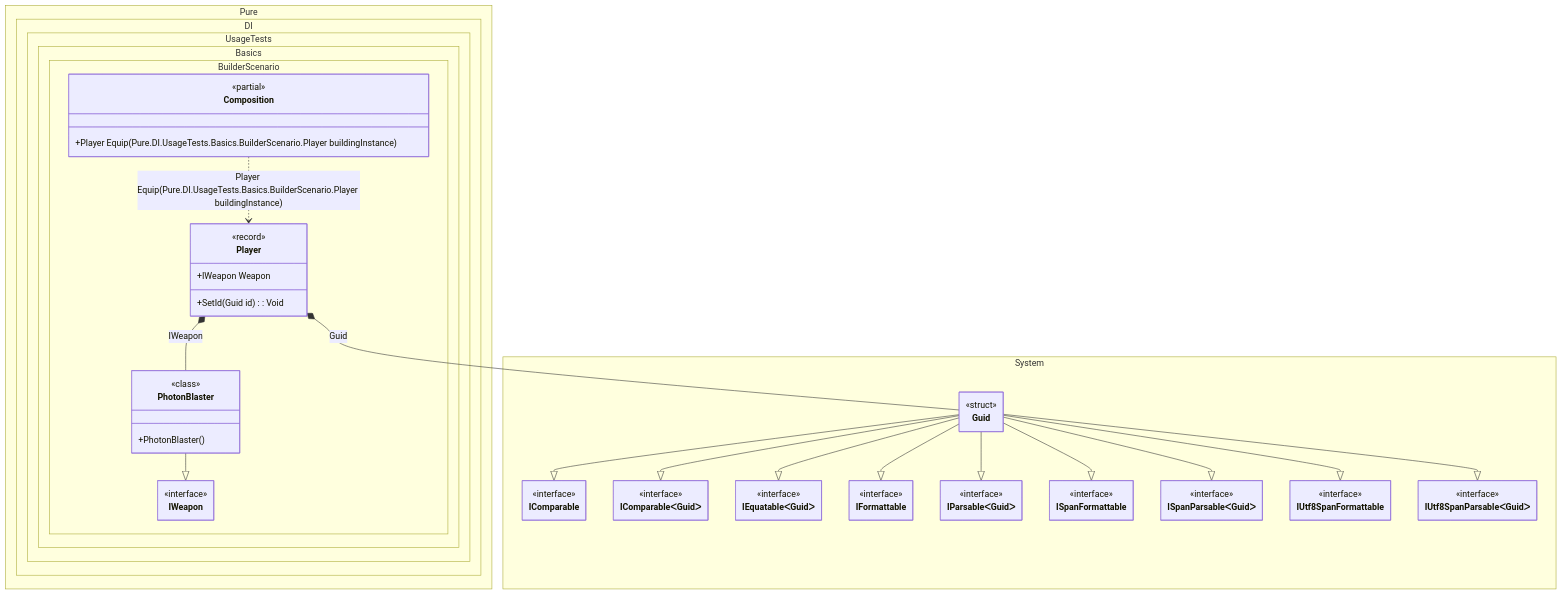
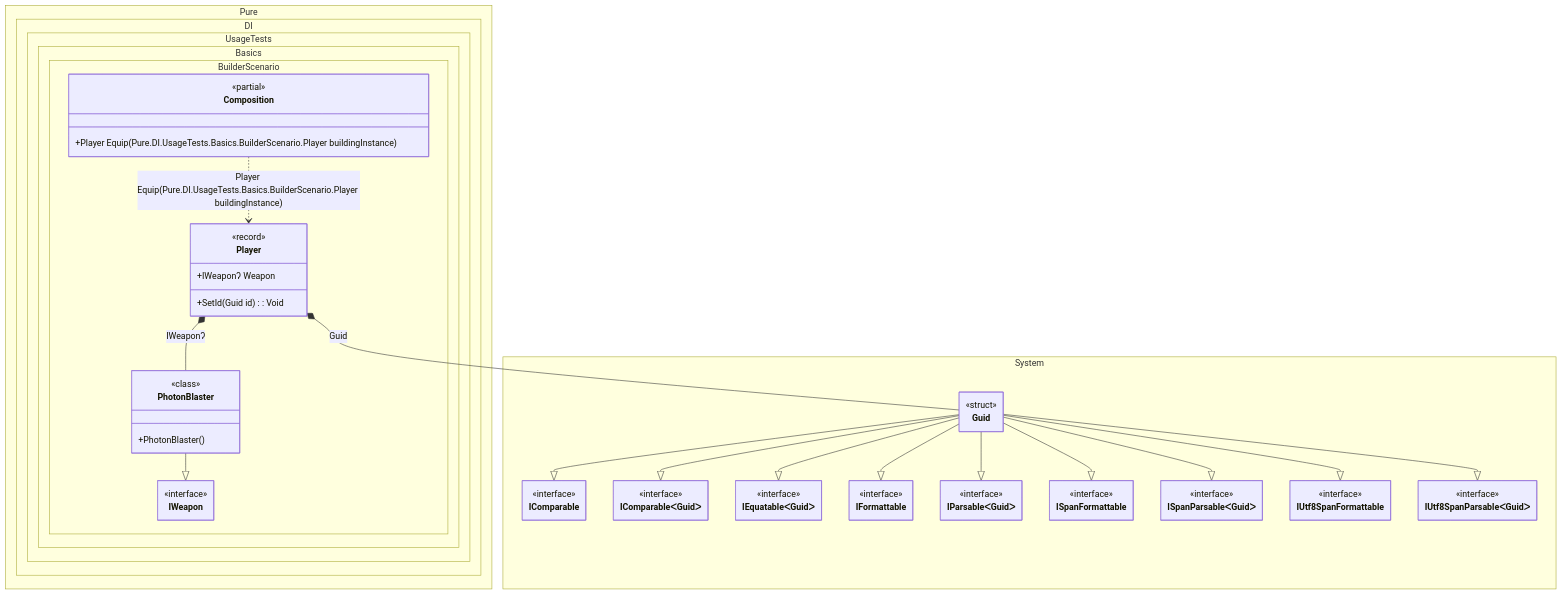
The diagram in readme/builder.md (MaiKuraki/Pure.DI), drawn with Mermaid before and after one commit. The commit also changed other lines of this file and 67 other files, not shown here.

````diff
--- a/readme/builder.md
+++ b/readme/builder.md
@@ -119,73 +119,73 @@
 ```mermaid
 ---
  config:
   maxTextSize: 2147483647
   maxEdges: 2147483647
   class:
    hideEmptyMembersBox: true
 ---
 classDiagram
 	Guid --|> IComparable
 	Guid --|> IComparableᐸGuidᐳ
 	Guid --|> IEquatableᐸGuidᐳ
 	Guid --|> IFormattable
 	Guid --|> IParsableᐸGuidᐳ
 	Guid --|> ISpanFormattable
 	Guid --|> ISpanParsableᐸGuidᐳ
 	Guid --|> IUtf8SpanFormattable
 	Guid --|> IUtf8SpanParsableᐸGuidᐳ
 	PhotonBlaster --|> IWeapon
 	Composition ..> Player : Player Equip(Pure.DI.UsageTests.Basics.BuilderScenario.Player buildingInstance)
 	Player *--  Guid : Guid
-	Player *--  PhotonBlaster : IWeapon
+	Player *--  PhotonBlaster : IWeaponɁ
 	namespace Pure.DI.UsageTests.Basics.BuilderScenario {
 		class Composition {
 		<<partial>>
 		+Player Equip(Pure.DI.UsageTests.Basics.BuilderScenario.Player buildingInstance)
 		}
 		class IWeapon {
 			<<interface>>
 		}
 		class PhotonBlaster {
 				<<class>>
 			+PhotonBlaster()
 		}
 		class Player {
 				<<record>>
-			+IWeapon Weapon
+			+IWeaponɁ Weapon
 			+SetId(Guid id) : Void
 		}
 	}
 	namespace System {
 		class Guid {
 				<<struct>>
 		}
 		class IComparable {
 			<<interface>>
 		}
 		class IComparableᐸGuidᐳ {
 			<<interface>>
 		}
 		class IEquatableᐸGuidᐳ {
 			<<interface>>
 		}
 		class IFormattable {
 			<<interface>>
 		}
 		class IParsableᐸGuidᐳ {
 			<<interface>>
 		}
 		class ISpanFormattable {
 			<<interface>>
 		}
 		class ISpanParsableᐸGuidᐳ {
 			<<interface>>
 		}
 		class IUtf8SpanFormattable {
 			<<interface>>
 		}
 		class IUtf8SpanParsableᐸGuidᐳ {
 			<<interface>>
 		}
 	}
 ```
````
